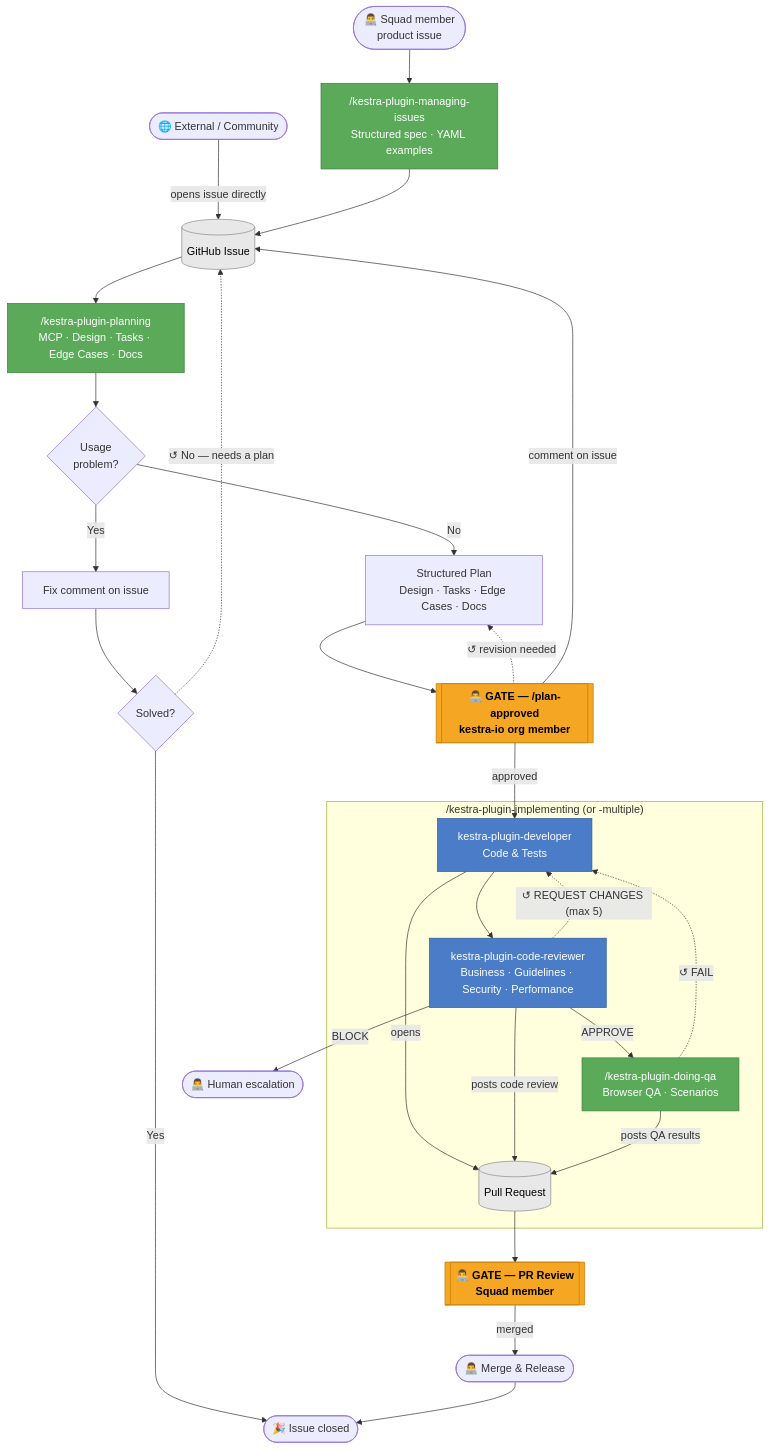
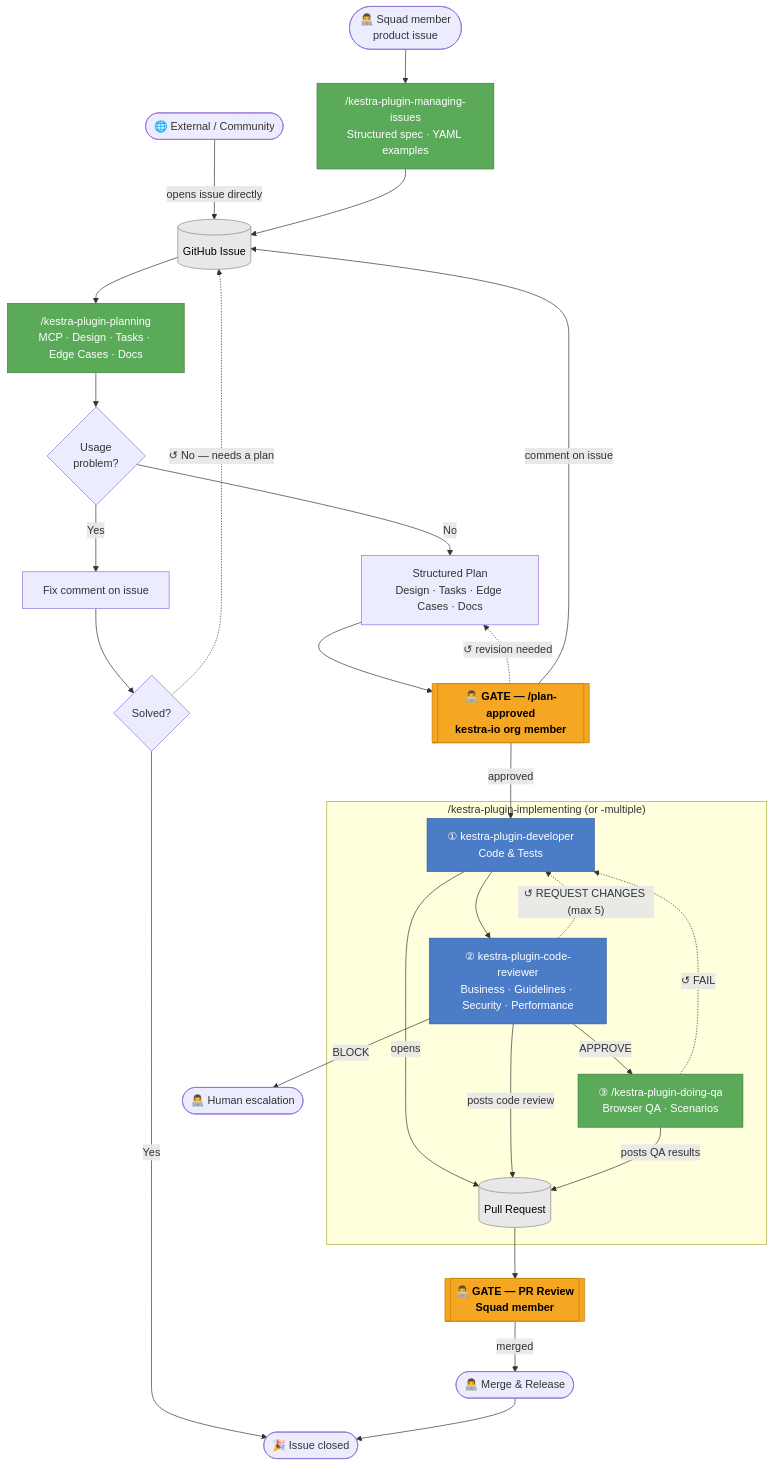
One commit to kestra-io/docs changed the diagram in src/contents/blogs/context-engineering-plugins-squad/index.md. Above: the diagram before and after it, drawn with Mermaid.

Commit message:
docs: number developer/reviewer/QA nodes to clarify execution order

````diff
--- a/src/contents/blogs/context-engineering-plugins-squad/index.md
+++ b/src/contents/blogs/context-engineering-plugins-squad/index.md
@@ -90,46 +90,46 @@
 ```mermaid
 flowchart TD
     EXT(["🌐 External / Community"]) -->|"opens issue directly"| GH
     A(["👨‍💻 Squad member\nproduct issue"]) --> B
     B["/kestra-plugin-managing-issues\nStructured spec · YAML examples"] --> GH
     GH[(GitHub Issue)] --> C
     C["/kestra-plugin-planning\nMCP · Design · Tasks · Edge Cases · Docs"] --> D{Usage\nproblem?}
     D -->|Yes| E[Fix comment on issue]
     E --> S{Solved?}
     S -->|Yes| DONE(["🎉 Issue closed"])
     S -.->|"↺ No — needs a plan"| GH
     D -->|No| F["Structured Plan\nDesign · Tasks · Edge Cases · Docs"]
     F --> G[["👨‍💻 GATE — /plan-approved\nkestra-io org member"]]
     G -.->|"↺ revision needed"| F
     G -->|"comment on issue"| GH
     G -->|approved| I
 
     subgraph IMPL["/kestra-plugin-implementing (or -multiple)"]
-        I["kestra-plugin-developer\nCode & Tests"]
-        J["kestra-plugin-code-reviewer\nBusiness · Guidelines · Security · Performance"]
-        L["/kestra-plugin-doing-qa\nBrowser QA · Scenarios"]
+        I["① kestra-plugin-developer\nCode & Tests"]
+        J["② kestra-plugin-code-reviewer\nBusiness · Guidelines · Security · Performance"]
+        L["③ /kestra-plugin-doing-qa\nBrowser QA · Scenarios"]
         PR[(Pull Request)]
         I -->|"opens"| PR
         I --> J
         J -.->|"↺ REQUEST CHANGES (max 5)"| I
         J -->|APPROVE| L
         J -->|"posts code review"| PR
         L -.->|"↺ FAIL"| I
         L -->|"posts QA results"| PR
     end
 
     J -->|BLOCK| K(["👨‍💻 Human escalation"])
     PR --> M[["👨‍💻 GATE — PR Review\nSquad member"]]
     M -->|merged| N(["👨‍💻 Merge & Release"])
     N --> DONE
 
     classDef humanGate fill:#f5a623,stroke:#c47d00,color:#000,font-weight:bold
     classDef agentStep fill:#4a7cc7,stroke:#2c5aa0,color:#fff
     classDef skillStep fill:#5aaa5a,stroke:#3d7d3d,color:#fff
     classDef artifact fill:#e8e8e8,stroke:#888,color:#000
 
     class G,M humanGate
     class I,J agentStep
     class B,C,L skillStep
     class GH,PR artifact
 ```
````
